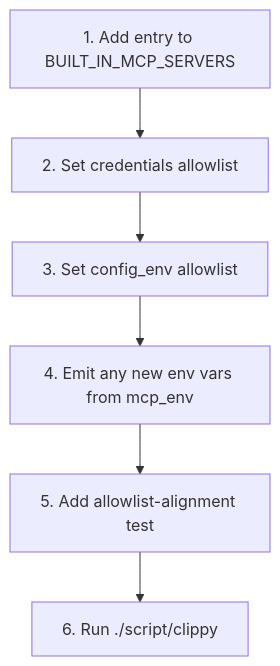
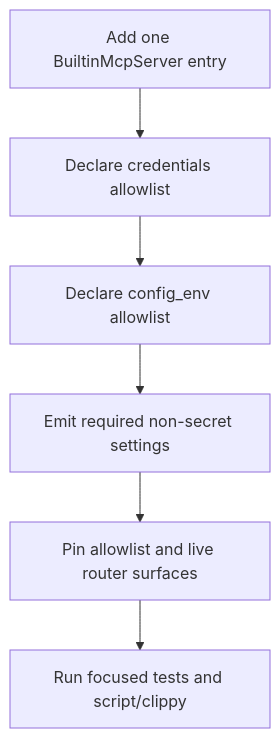
The diagram in kask/docs/diataxis/kask_bridge/how-to.md (mdz-axo/zed-kask), drawn with Mermaid before and after one commit. The commit also changed other lines of this file and 15 other files, not shown here.

````diff
--- a/kask/docs/diataxis/kask_bridge/how-to.md
+++ b/kask/docs/diataxis/kask_bridge/how-to.md
@@ -52,8 +19,8 @@
 ```mermaid
 flowchart TD
-    A[1. Add entry to BUILT_IN_MCP_SERVERS] --> B[2. Set credentials allowlist]
-    B --> C[3. Set config_env allowlist]
-    C --> D[4. Emit any new env vars from mcp_env]
-    D --> E[5. Add allowlist-alignment test]
-    E --> F[6. Run ./script/clippy]
+    A[Add one BuiltinMcpServer entry] --> B[Declare credentials allowlist]
+    B --> C[Declare config_env allowlist]
+    C --> D[Emit required non-secret settings]
+    D --> E[Pin allowlist and live router surfaces]
+    E --> F[Run focused tests and script/clippy]
 ```
````
